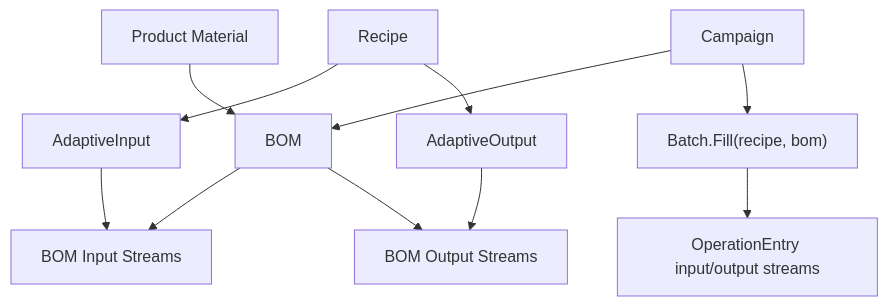
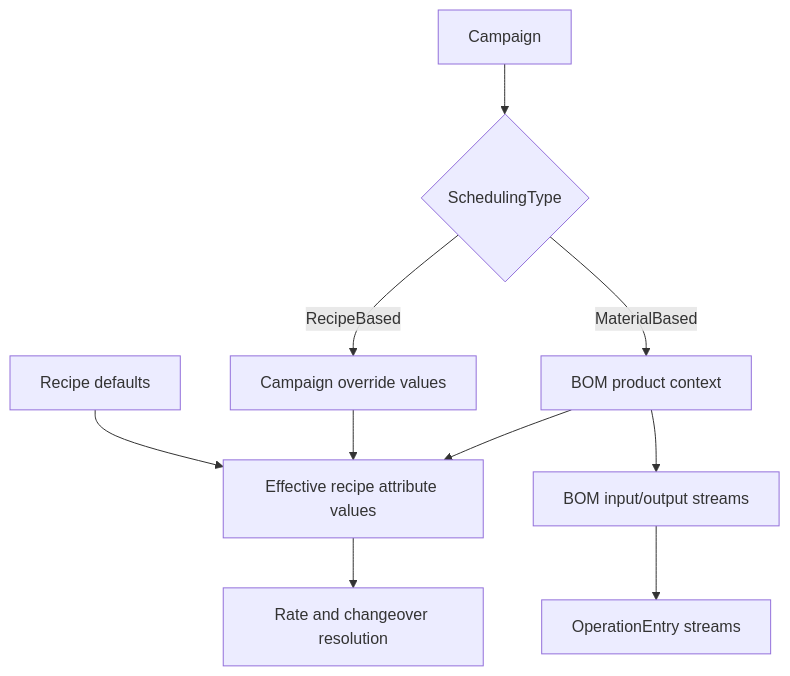
The diagram in Notes/Intelligen/Engineering/Domains/Adaptive Recipes and BOMs.md (mtimoleon/notebook), drawn with Mermaid before and after one commit. The commit also changed other lines of this file and 10 other files, not shown here.

````diff
--- a/Notes/Intelligen/Engineering/Domains/Adaptive Recipes and BOMs.md
+++ b/Notes/Intelligen/Engineering/Domains/Adaptive Recipes and BOMs.md
@@ -29,13 +30,12 @@
 ```mermaid
 flowchart TD
-    Product["Product Material"] --> Bom["BOM"]
-    Recipe["Recipe"] --> AdaptiveInput["AdaptiveInput"]
-    Recipe --> AdaptiveOutput["AdaptiveOutput"]
-    Bom --> BomInput["BOM Input Streams"]
-    Bom --> BomOutput["BOM Output Streams"]
-    AdaptiveInput --> BomInput
-    AdaptiveOutput --> BomOutput
-    Campaign["Campaign"] --> Bom
-    Campaign --> Batch["Batch.Fill(recipe, bom)"]
-    Batch --> OperationEntryStreams["OperationEntry input/output streams"]
+    Campaign["Campaign"] --> Mode{"SchedulingType"}
+    Mode -->|"RecipeBased"| Overrides["Campaign override values"]
+    Mode -->|"MaterialBased"| Bom["BOM product context"]
+    Recipe["Recipe defaults"] --> Effective["Effective recipe attribute values"]
+    Overrides --> Effective
+    Bom --> Effective
+    Bom --> Streams["BOM input/output streams"]
+    Streams --> OperationEntry["OperationEntry streams"]
+    Effective --> Duration["Rate and changeover resolution"]
 ```
````
